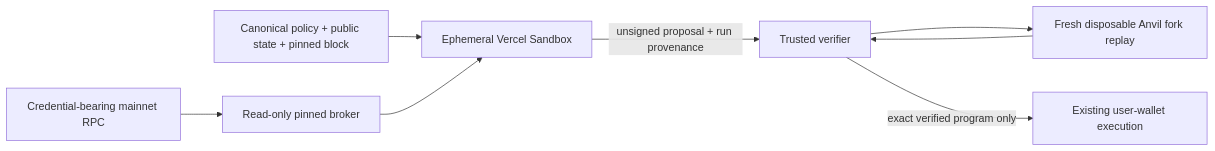
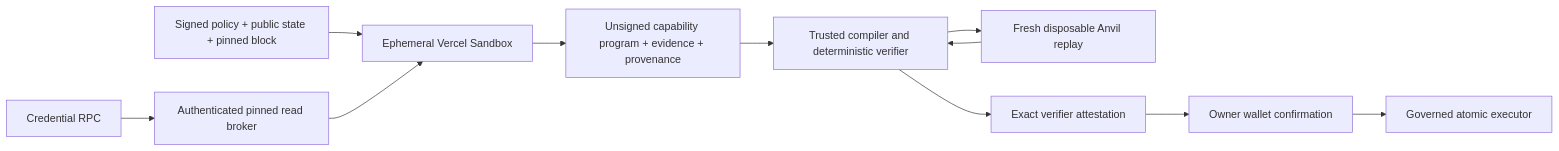
The diagram in docs/coding-agent-sandbox-v1.md (SebastianBoehler/cobia), drawn with Mermaid before and after one commit. The commit also changed other lines of this file and 2 other files, not shown here.

````diff
--- a/docs/coding-agent-sandbox-v1.md
+++ b/docs/coding-agent-sandbox-v1.md
@@ -19,10 +26,13 @@
 ```mermaid
 flowchart LR
-  A[Canonical policy + public state + pinned block] --> B[Ephemeral Vercel Sandbox]
-  B -->|unsigned proposal + run provenance| C[Trusted verifier]
-  D[Credential-bearing mainnet RPC] --> E[Read-only pinned broker]
-  E --> B
-  C --> F[Fresh disposable Anvil fork replay]
-  F --> C
-  C -->|exact verified program only| G[Existing user-wallet execution]
+  I[Signed policy + public state + pinned block] --> S[Ephemeral Vercel Sandbox]
+  R[Credential RPC] --> B[Authenticated pinned read broker]
+  B --> S
+  S --> P[Unsigned capability program + evidence + provenance]
+  P --> V[Trusted compiler and deterministic verifier]
+  V --> F[Fresh disposable Anvil replay]
+  F --> V
+  V --> A[Exact verifier attestation]
+  A --> W[Owner wallet confirmation]
+  W --> X[Governed atomic executor]
 ```
````
